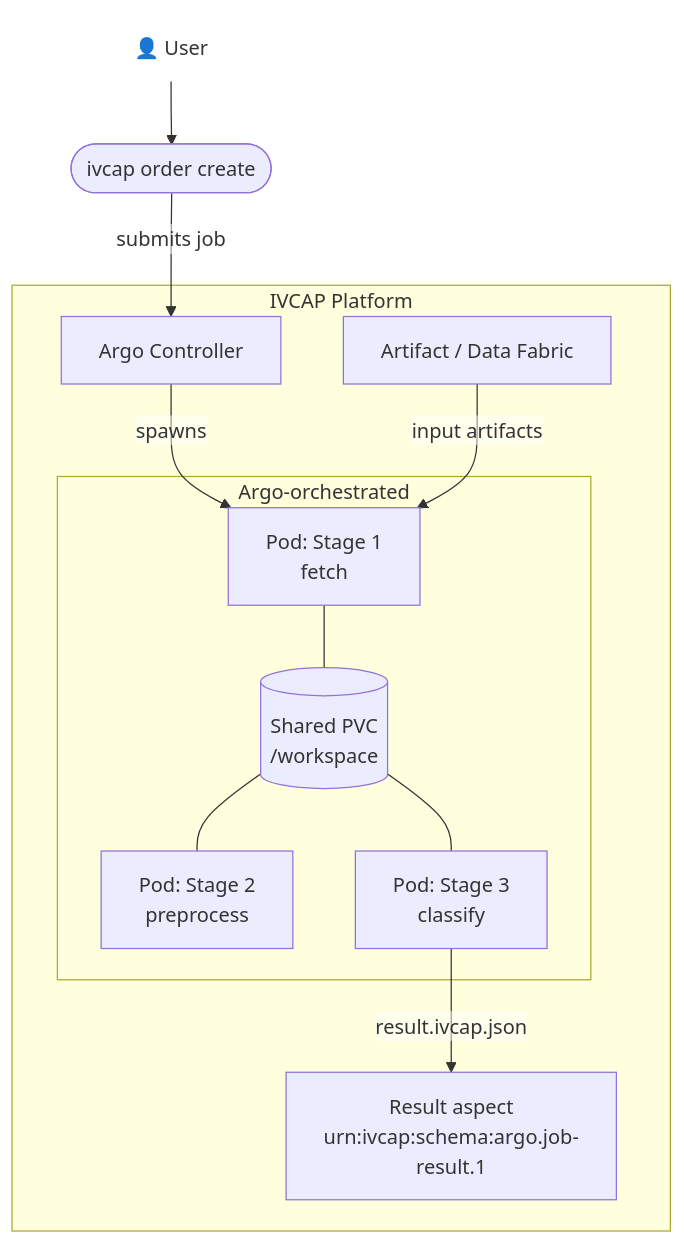
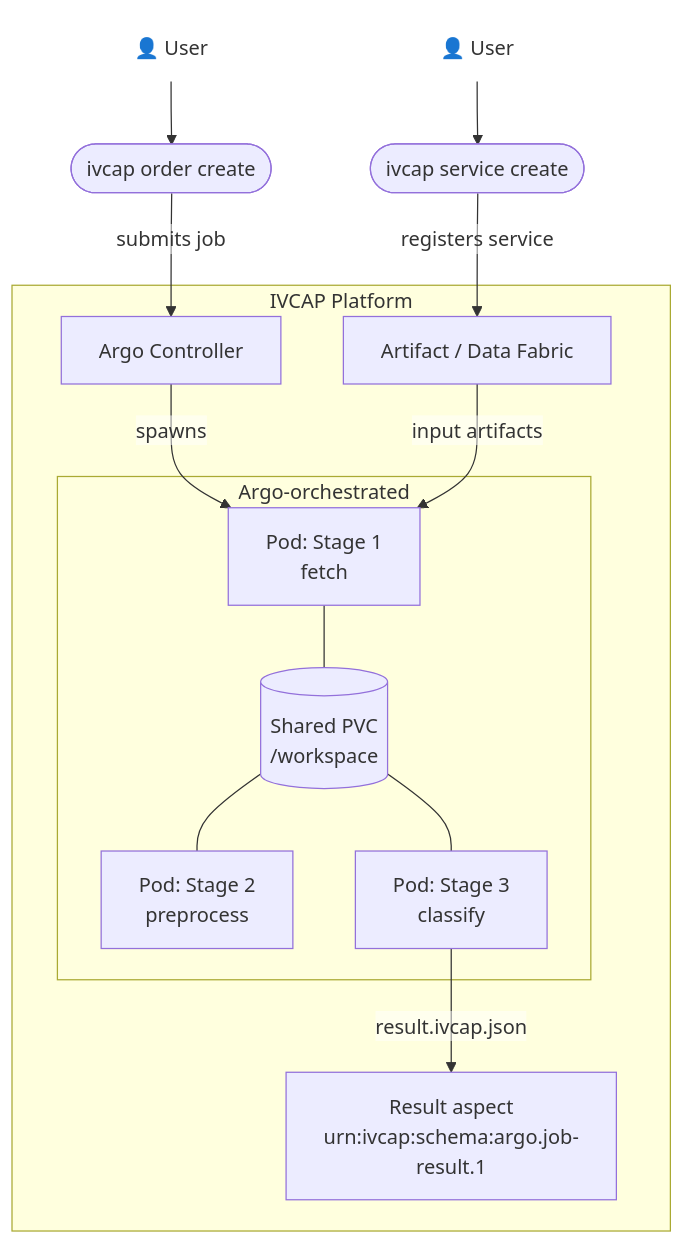
Before and after one commit to ivcap-works/ivcap-docs: the diagram in docs/guides/argo-workflows/index.md, drawn with Mermaid.

Commit message:
docs(argo): add service-author user path to architecture diagram
Add parallel 'User → ivcap service create → registers service → Artifact/Data Fabric'
flow to the right of the existing job-submission flow, showing both the
developer (service registration) and end-user (job submission) interactions.

````diff
--- a/docs/guides/argo-workflows/index.md
+++ b/docs/guides/argo-workflows/index.md
@@ -45,30 +45,34 @@
 ```mermaid
 %%{init: {'themeVariables': {'edgeLabelBackground': '#ffffff00'}}}%%
 flowchart TD
     ICON["👤 User"]:::nobox
     JS(["ivcap order create"])
+    ICON2["👤 User"]:::nobox
+    JS2(["ivcap service create"])
 
     subgraph IVCAP["IVCAP Platform"]
         AC["Argo Controller"]
         AR["Artifact / Data Fabric"]
         RES["Result aspect\nurn:ivcap:schema:argo.job-result.1"]
 
         subgraph K8s["Argo-orchestrated"]
             PVC[("Shared PVC\n/workspace")]
             P1["Pod: Stage 1\nfetch"]
             P2["Pod: Stage 2\npreprocess"]
             P3["Pod: Stage 3\nclassify"]
         end
     end
 
     ICON --> JS
     JS -->|submits job| AC
+    ICON2 --> JS2
+    JS2 -->|registers service| AR
     AC -->|spawns| P1
     AR -->|input artifacts| P1
     P1 --- PVC
     PVC --- P2
     PVC --- P3
     P3 -->|result.ivcap.json| RES
 
     classDef nobox fill:none,stroke:none
 ```
````
